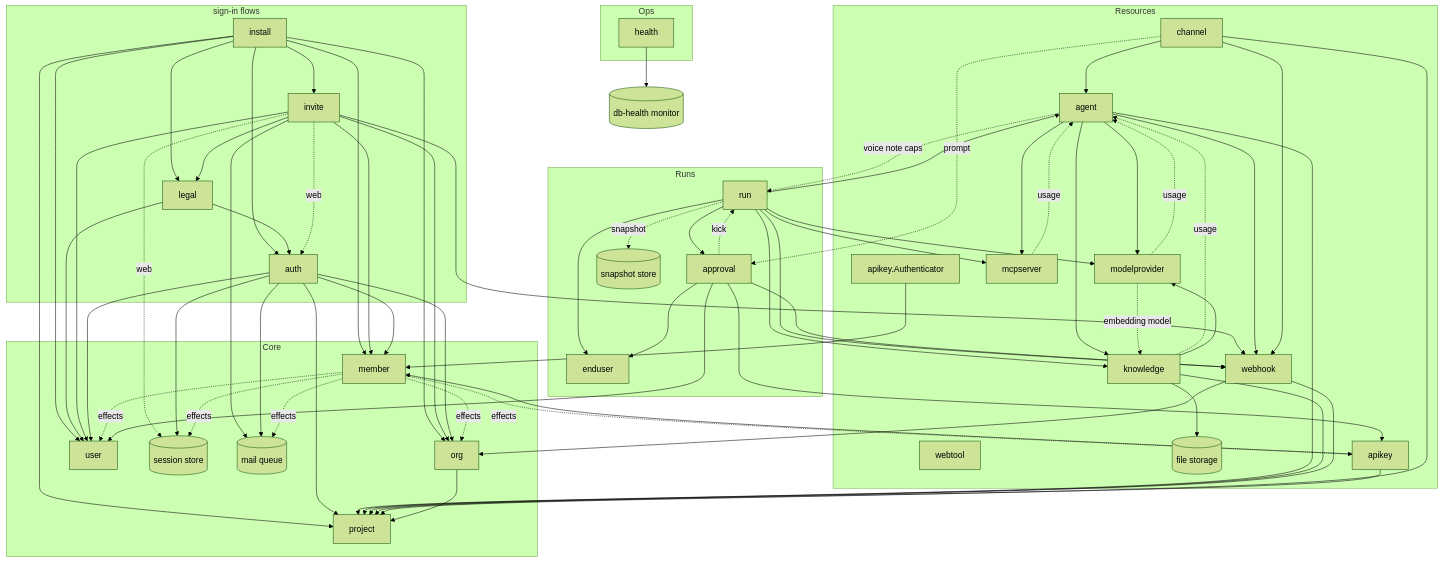
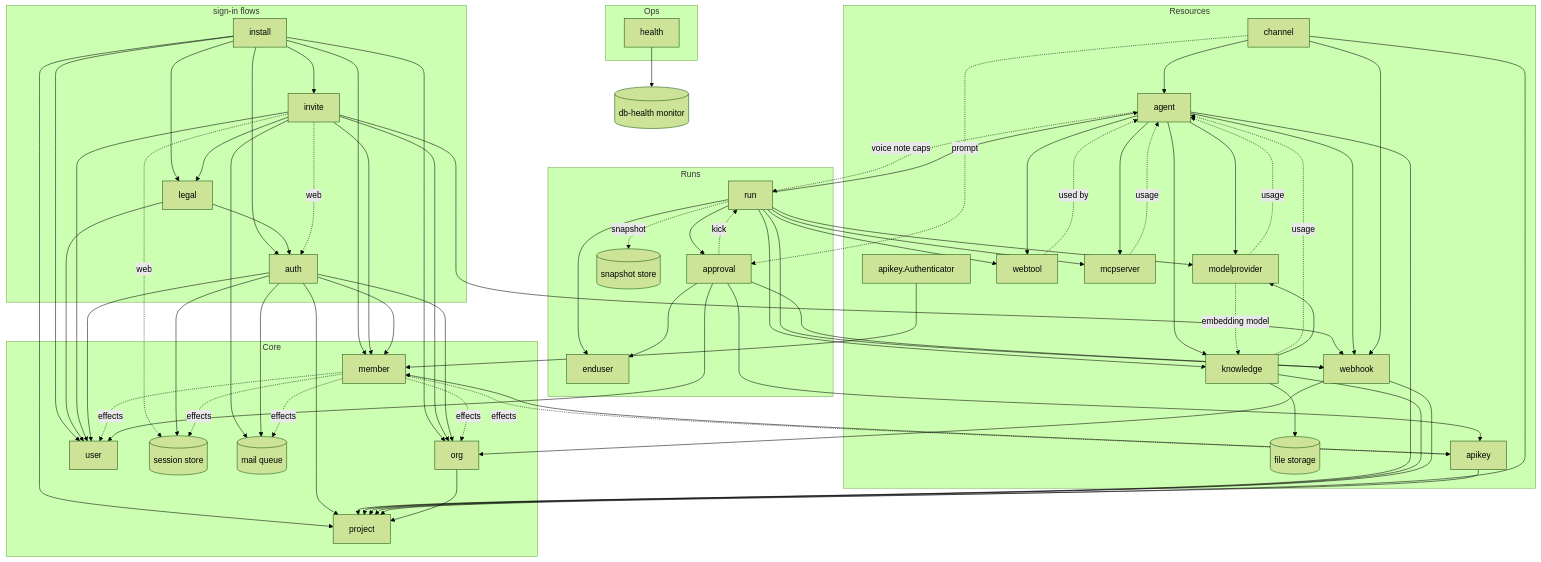
Before and after one commit to altalune-id/oagent: the third of 3 diagrams in internal/boot/README.md, drawn with Mermaid (forest theme). The commit also changed other lines of this file and 70 other files, not shown here.

````diff
--- a/internal/boot/README.md
+++ b/internal/boot/README.md
@@ -139,71 +139,73 @@
 ```mermaid
 flowchart TD
     subgraph Flows["sign-in flows"]
         install
         legal
         auth
         invite
     end
     subgraph Ops
         health
     end
     subgraph Resources
         agent
         modelprovider
         webtool
         mcpserver
         knowledge
         files[(file storage)]
         channel
         webhook
         apikey
         keyAuthn["apikey.Authenticator"]
     end
     subgraph Runs
         run
         enduser
         approval
         snapshots[(snapshot store)]
     end
     subgraph Core
         org
         project
         member
         user
         sessions[(session store)]
         mailqueue[(mail queue)]
     end
 
     install --> auth
     legal --> auth
     install --> user & org & member & project & legal & invite
     legal --> user
     invite --> member & user & org & mailqueue & webhook & legal
     invite -. web .-> auth & sessions
     auth --> user & member & org & project & sessions & mailqueue
 
     agent --> webhook
     agent --> project
     agent --> modelprovider & mcpserver
     modelprovider -. usage .-> agent
     mcpserver -. usage .-> agent
     agent --> knowledge
     knowledge -. usage .-> agent
     knowledge --> files & modelprovider & project
     modelprovider -. embedding model .-> knowledge
     webhook --> project & org
     apikey --> project & member
     keyAuthn --> member
     member -. effects .-> sessions & apikey & user & org & mailqueue
-    run --> agent & modelprovider & mcpserver & enduser & webhook & knowledge
+    run --> agent & modelprovider & mcpserver & enduser & webhook & knowledge & webtool
+    agent --> webtool
+    webtool -. used by .-> agent
     agent -. voice note caps .-> run
     channel --> webhook & project & agent
     approval --> webhook & enduser & user & apikey
     approval -. kick .-> run
     run --> approval
     channel -. prompt .-> approval
     run -. snapshot .-> snapshots
     health --> dbh[(db-health monitor)]
 
     org --> project
 ```
````
